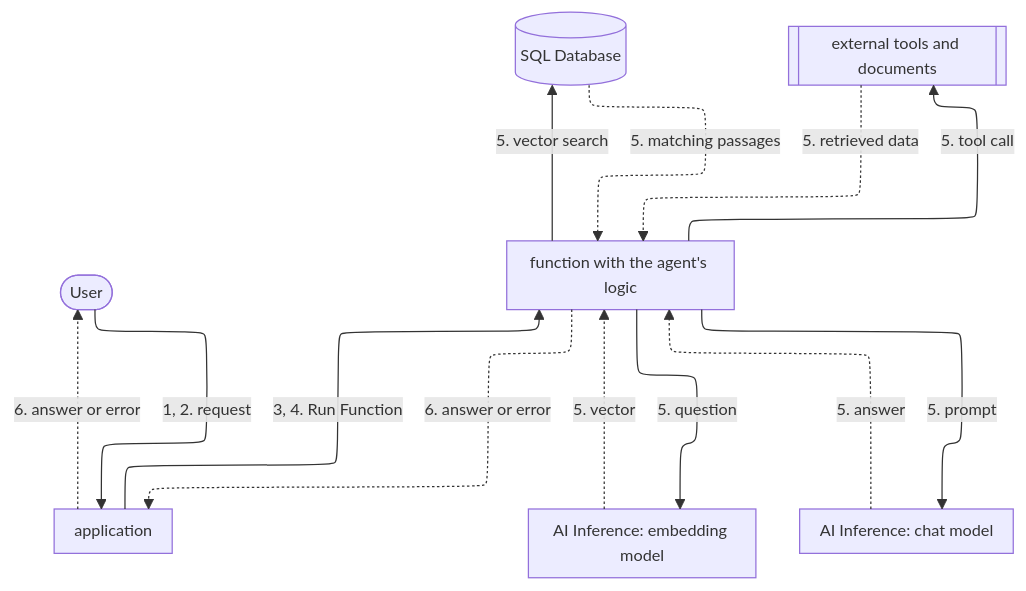
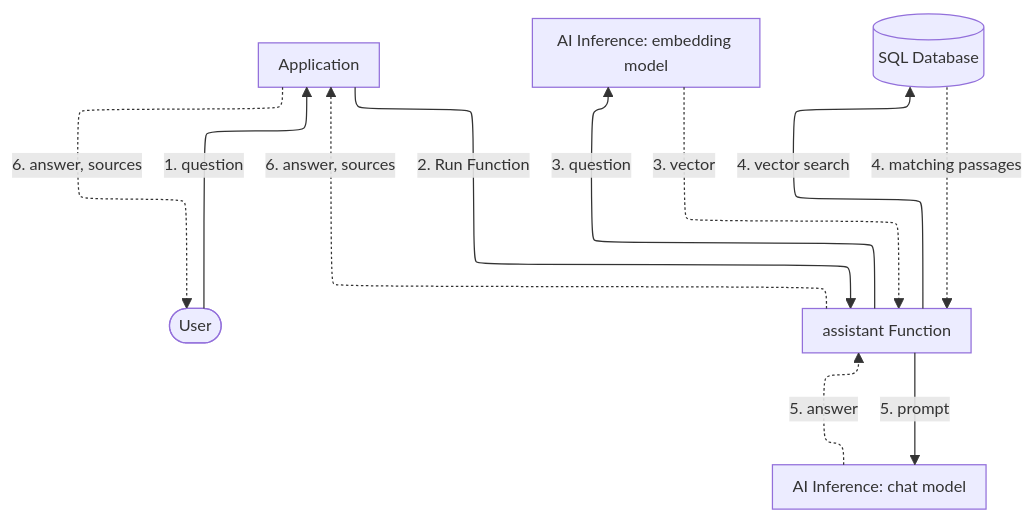
Before and after one commit to aziontech/docs: the diagram in apps/docs/src/content/docs/en/pages/architectures/artificial-intelligence/ai-agent-copilot.mdx, drawn with Mermaid. The commit also changed other lines of this file and 5 other files, not shown here.

````diff
--- a/apps/docs/src/content/docs/en/pages/architectures/artificial-intelligence/ai-agent-copilot.mdx
+++ b/apps/docs/src/content/docs/en/pages/architectures/artificial-intelligence/ai-agent-copilot.mdx
@@ -37,23 +25,20 @@
 ```mermaid
 %%{init: {"layout": "elk", "elk": {"cycleBreakingStrategy": "MODEL_ORDER"}, "themeVariables": {"fontSize": "13px"}, "flowchart": {"nodeSpacing": 24, "rankSpacing": 36, "padding": 8, "wrappingWidth": 150, "useMaxWidth": true}, "sequence": {"width": 120, "actorMargin": 30, "useMaxWidth": true}}}%%
 flowchart TD
   User(["User"])
-  App["application"]
-  Fn["function with the agent's logic"]
+  App["Application"]
+  Fn["assistant Function"]
   Embed["AI Inference: embedding model"]
   DB[("SQL Database")]
-  Tools[["external tools and documents"]]
   Chat["AI Inference: chat model"]
-  User -->|"1, 2. request"| App
-  App -->|"3, 4. Run Function"| Fn
-  Fn -->|"5. question"| Embed
-  Fn -->|"5. vector search"| DB
-  Fn -->|"5. tool call"| Tools
+  User -->|"1. question"| App
+  App -->|"2. Run Function"| Fn
+  Fn -->|"3. question"| Embed
+  Fn -->|"4. vector search"| DB
   Fn -->|"5. prompt"| Chat
-  Embed -.->|"5. vector"| Fn
-  DB -.->|"5. matching passages"| Fn
-  Tools -.->|"5. retrieved data"| Fn
+  Embed -.->|"3. vector"| Fn
+  DB -.->|"4. matching passages"| Fn
   Chat -.->|"5. answer"| Fn
-  Fn -.->|"6. answer or error"| App
-  App -.->|"6. answer or error"| User
+  Fn -.->|"6. answer, sources"| App
+  App -.->|"6. answer, sources"| User
 ```
````
